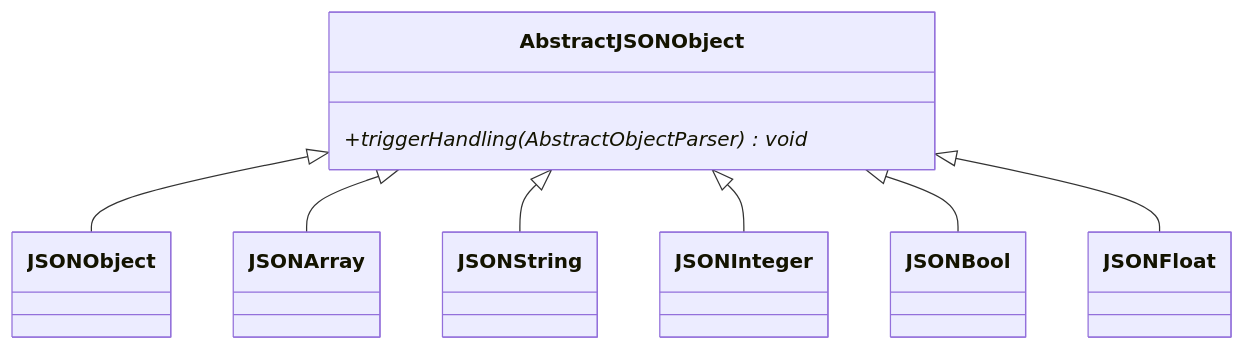
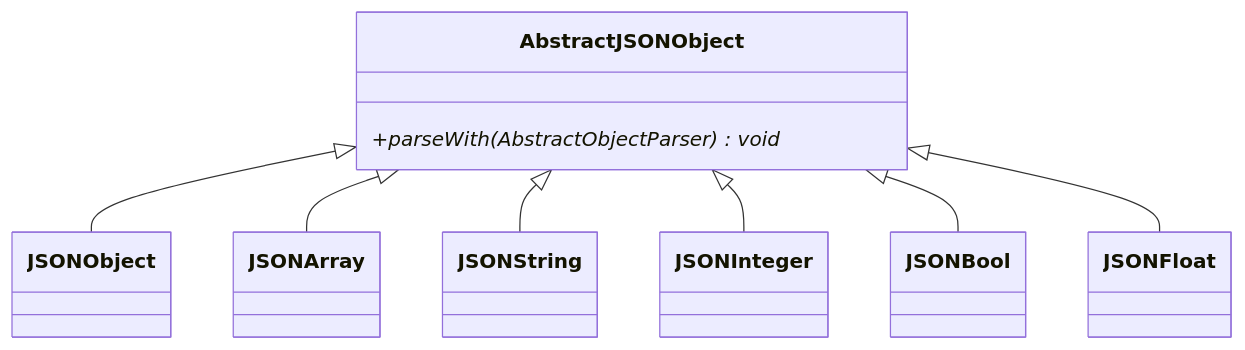
The third of 8 diagrams in README.md (seyfeb/recipe-import-mapping-pipeline), drawn with Mermaid before and after one commit. The commit also changed other lines of this file and 1 other file, not shown here.

````diff
--- a/README.md
+++ b/README.md
@@ -112,19 +113,19 @@
 ```mermaid
 classDiagram
     class AbstractJSONObject {
-        +triggerHandling(AbstractObjectParser) void*
+        +parseWith(AbstractObjectParser) void*
     }
     class JSONObject
     class JSONArray
     class JSONString
     class JSONInteger
     class JSONBool
     class JSONFloat
 
     AbstractJSONObject <|-- JSONObject
     AbstractJSONObject <|-- JSONArray
     AbstractJSONObject <|-- JSONString
     AbstractJSONObject <|-- JSONInteger
     AbstractJSONObject <|-- JSONBool
     AbstractJSONObject <|-- JSONFloat
 ```
````
